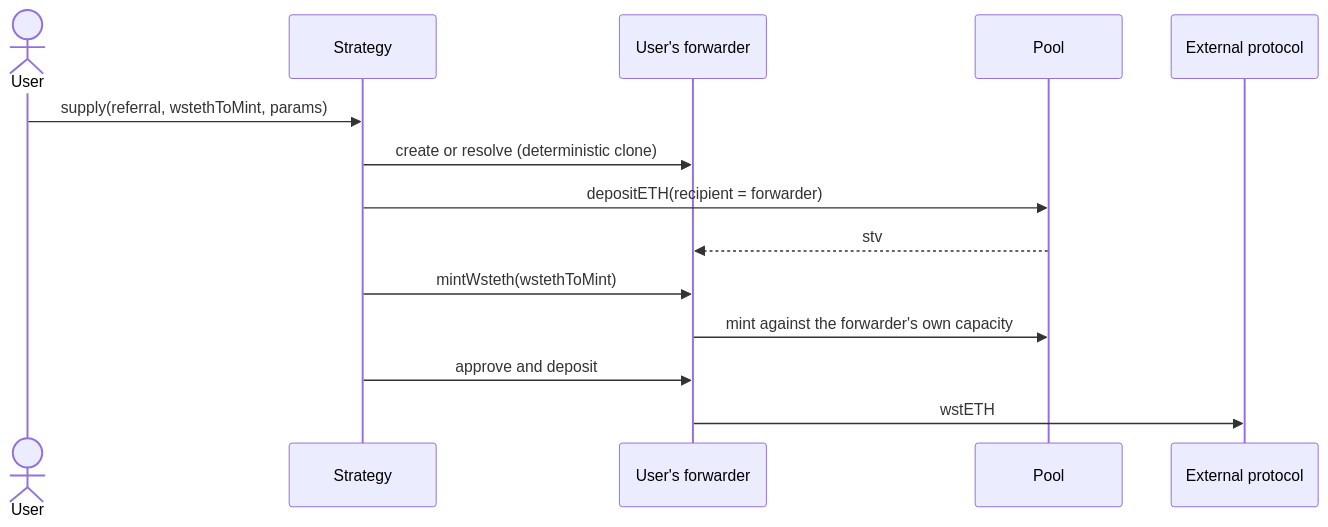
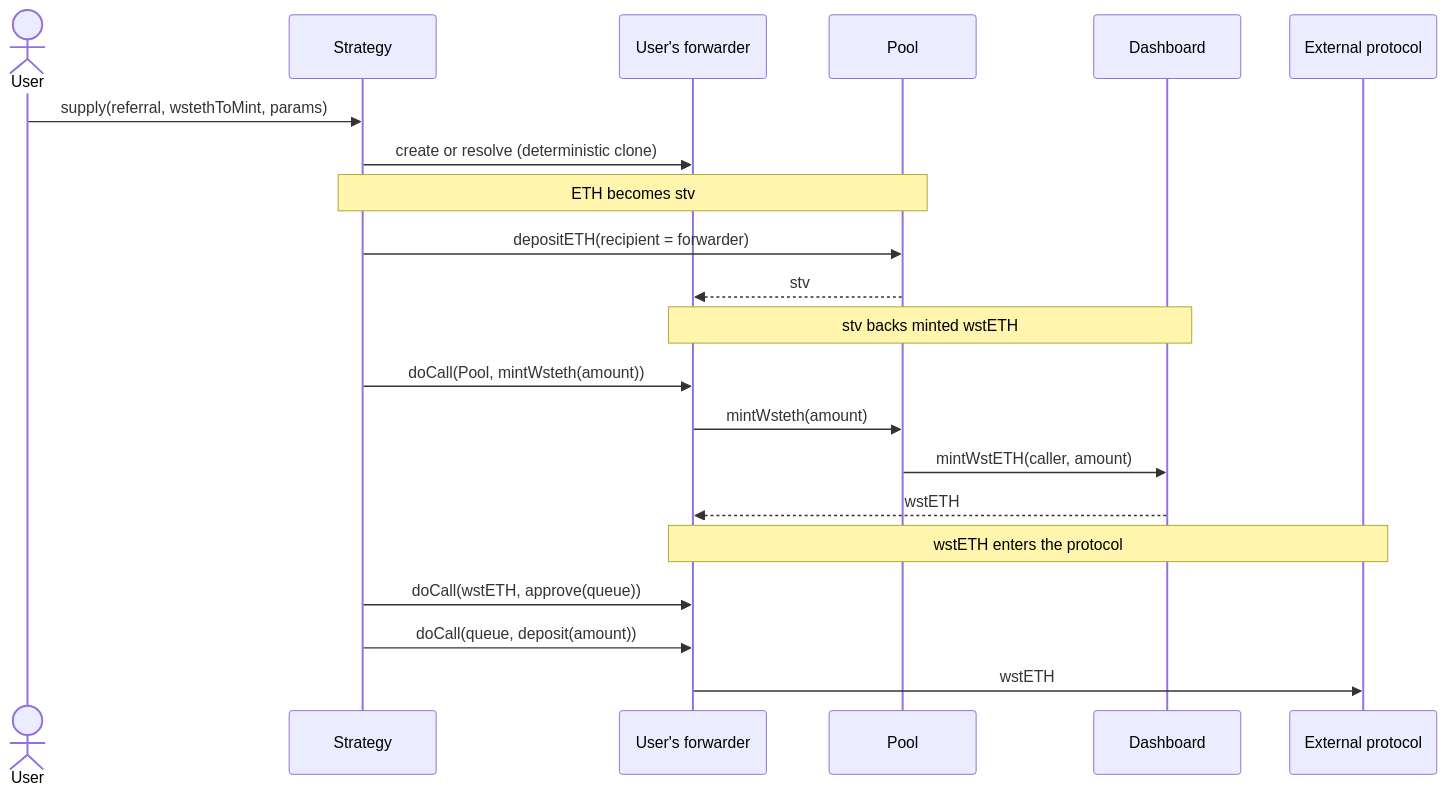
Before and after one commit to lidofinance/docs: the second of 5 diagrams in run-on-lido/stvaults-new/concepts-and-reference/defi-wrapper-technical-design.md, drawn with Mermaid. The commit also changed other lines of this file, not shown here.

````diff
--- a/run-on-lido/stvaults-new/concepts-and-reference/defi-wrapper-technical-design.md
+++ b/run-on-lido/stvaults-new/concepts-and-reference/defi-wrapper-technical-design.md
@@ -366,17 +402,27 @@
 ```mermaid
 sequenceDiagram
     actor User
     participant S as Strategy
     participant F as User's forwarder
     participant Pool
+    participant DB as Dashboard
     participant E as External protocol
 
     User ->> S: supply(referral, wstethToMint, params)
     S ->> F: create or resolve (deterministic clone)
+
+    Note over S,Pool: ETH becomes stv
     S ->> Pool: depositETH(recipient = forwarder)
     Pool -->> F: stv
-    S ->> F: mintWsteth(wstethToMint)
-    F ->> Pool: mint against the forwarder's own capacity
-    S ->> F: approve and deposit
+
+    Note over F,DB: stv backs minted wstETH
+    S ->> F: doCall(Pool, mintWsteth(amount))
+    F ->> Pool: mintWsteth(amount)
+    Pool ->> DB: mintWstETH(caller, amount)
+    DB -->> F: wstETH
+
+    Note over F,E: wstETH enters the protocol
+    S ->> F: doCall(wstETH, approve(queue))
+    S ->> F: doCall(queue, deposit(amount))
     F ->> E: wstETH
 ```
````
